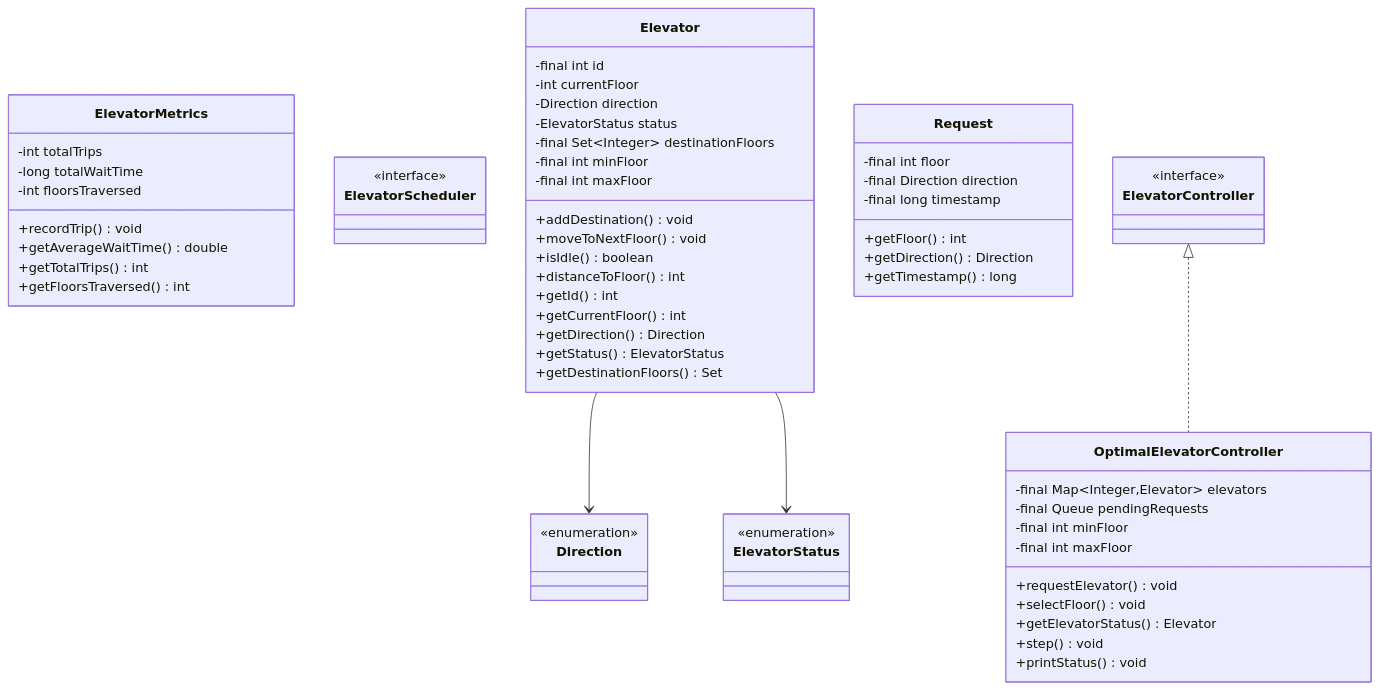
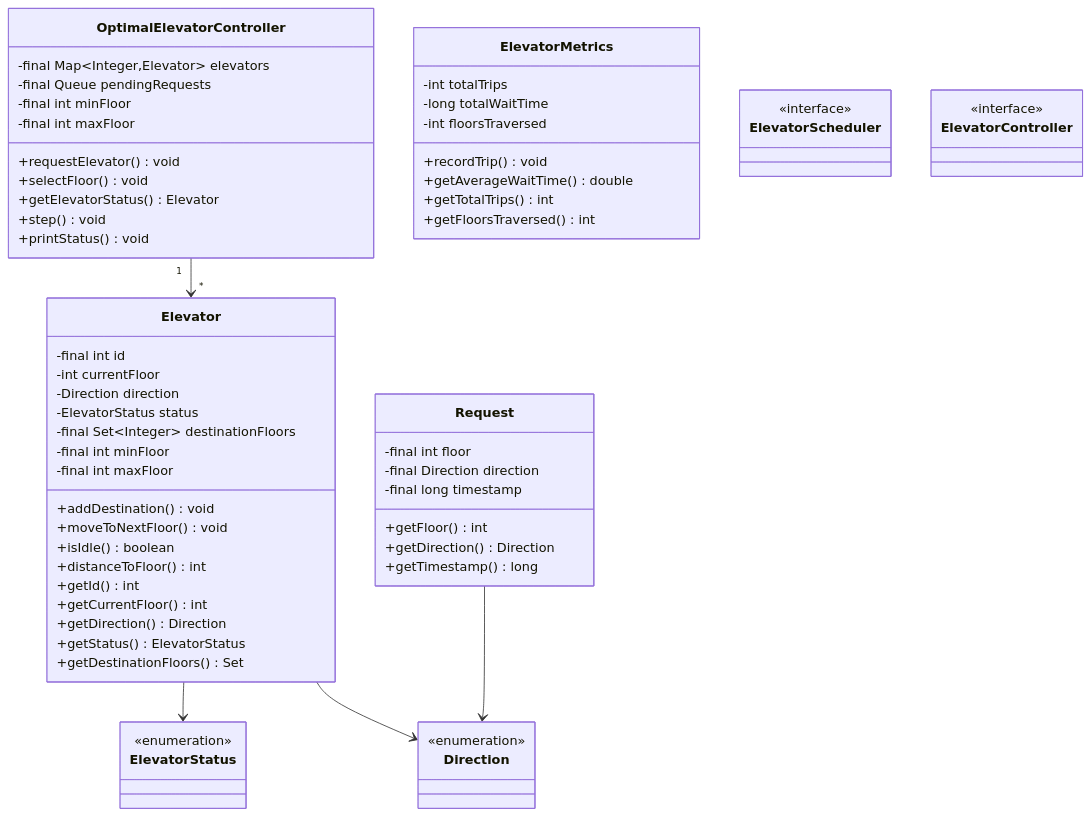
Before and after one commit to dlkr18/lld-playbook: the diagram in docs/problems/elevator/README.md, drawn with Mermaid. The commit also changed 119 other files, not shown here.

First line of the commit message:
feat: add comprehensive relationships to all class diagrams

````diff
--- a/docs/problems/elevator/README.md
+++ b/docs/problems/elevator/README.md
@@ -422,69 +422,70 @@
 ```mermaid
 classDiagram
 
     class OptimalElevatorController {
         -final Map~Integer,Elevator~ elevators
         -final Queue<Request> pendingRequests
         -final int minFloor
         -final int maxFloor
         +requestElevator() void
         +selectFloor() void
         +getElevatorStatus() Elevator
         +step() void
         +printStatus() void
     }
 
     class ElevatorMetrics {
         -int totalTrips
         -long totalWaitTime
         -int floorsTraversed
         +recordTrip() void
         +getAverageWaitTime() double
         +getTotalTrips() int
         +getFloorsTraversed() int
     }
 
     class ElevatorScheduler
     <<interface>> ElevatorScheduler
 
     class Elevator {
         -final int id
         -int currentFloor
         -Direction direction
         -ElevatorStatus status
         -final Set~Integer~ destinationFloors
         -final int minFloor
         -final int maxFloor
         +addDestination() void
         +moveToNextFloor() void
         +isIdle() boolean
         +distanceToFloor() int
         +getId() int
         +getCurrentFloor() int
         +getDirection() Direction
         +getStatus() ElevatorStatus
         +getDestinationFloors() Set<Integer>
     }
 
     class ElevatorStatus
     <<enumeration>> ElevatorStatus
 
     class Direction
     <<enumeration>> Direction
 
     class Request {
         -final int floor
         -final Direction direction
         -final long timestamp
         +getFloor() int
         +getDirection() Direction
         +getTimestamp() long
     }
 
     class ElevatorController
     <<interface>> ElevatorController
 
-    ElevatorController <|.. OptimalElevatorController
+    OptimalElevatorController "1" --> "*" Elevator
     Elevator --> Direction
     Elevator --> ElevatorStatus
+    Request --> Direction
 ```
````
